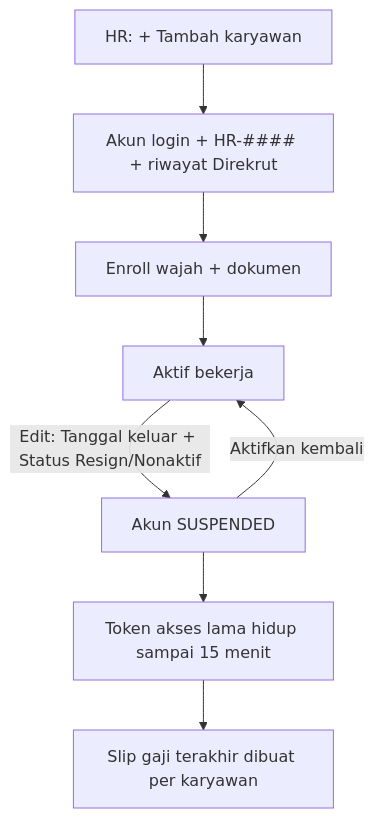
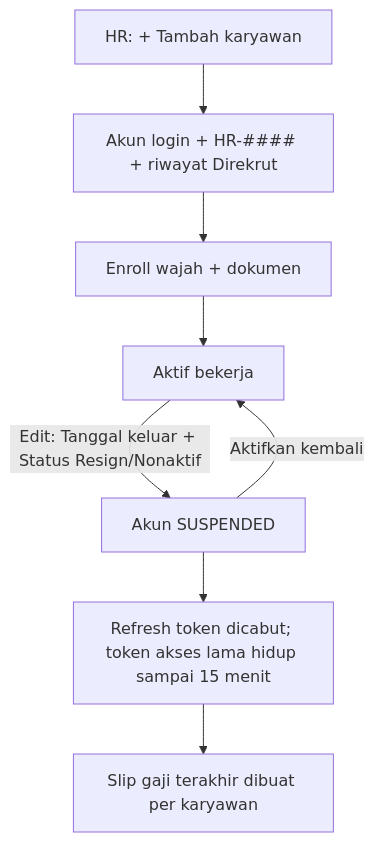
Before and after one commit to m0gsy/hydromart-digital: diagram 13 of 22 in docs/user-guide/11-end-to-end-business-process.md, drawn with Mermaid. The commit also changed other lines of this file and 4 other files, not shown here.

````diff
--- a/docs/user-guide/11-end-to-end-business-process.md
+++ b/docs/user-guide/11-end-to-end-business-process.md
@@ -458,10 +458,10 @@
 ```mermaid
 flowchart TD
   A[HR: + Tambah karyawan] --> B[Akun login + HR-#### + riwayat Direkrut]
   B --> C[Enroll wajah + dokumen]
   C --> D[Aktif bekerja]
   D -->|Edit: Tanggal keluar + Status Resign/Nonaktif| E[Akun SUSPENDED]
-  E --> F[Token akses lama hidup sampai 15 menit]
+  E --> F[Refresh token dicabut; token akses lama hidup sampai 15 menit]
   F --> G[Slip gaji terakhir dibuat per karyawan]
   E -->|Aktifkan kembali| D
 ```
````
